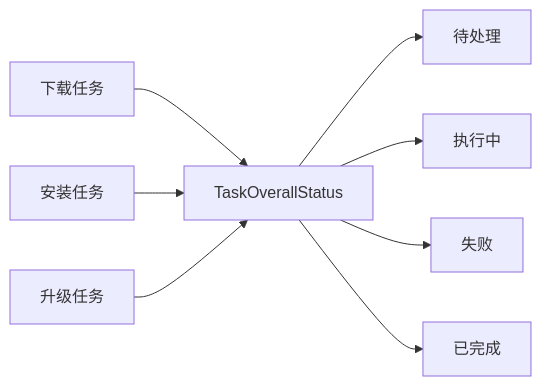
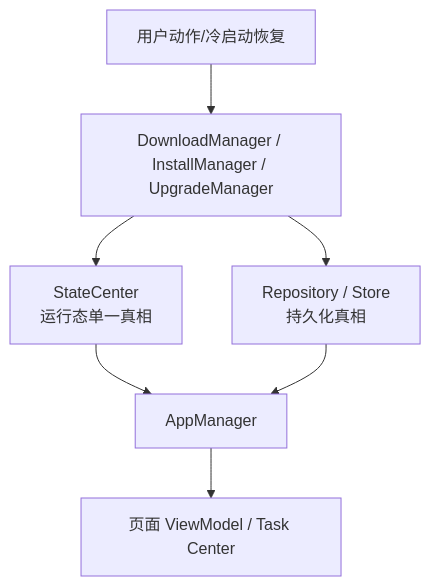
One commit to XZQ/CarAppStore changed the fourth of 4 diagrams in docs/04-类图与关系图.md. Above: the diagram before and after it, drawn with Mermaid. The commit also changed other lines of this file and 35 other files, not shown here.

Commit message:
Docs: reorganize architecture docs and handoff guide

````diff
--- a/docs/04-类图与关系图.md
+++ b/docs/04-类图与关系图.md
@@ -128,11 +145,9 @@
 ```mermaid
-flowchart LR
-    DownloadTask[下载任务] --> TaskOverallStatus
-    InstallTask[安装任务] --> TaskOverallStatus
-    UpgradeTask[升级任务] --> TaskOverallStatus
-
-    TaskOverallStatus --> PENDING[待处理]
-    TaskOverallStatus --> ACTIVE[执行中]
-    TaskOverallStatus --> FAILED[失败]
-    TaskOverallStatus --> COMPLETED[已完成]
+flowchart TD
+    ACTION[用户动作/冷启动恢复] --> BUSINESS[DownloadManager / InstallManager / UpgradeManager]
+    BUSINESS --> STATE[StateCenter\n运行态单一真相]
+    BUSINESS --> PERSIST[Repository / Store\n持久化真相]
+    STATE --> APPMANAGER[AppManager]
+    PERSIST --> APPMANAGER
+    APPMANAGER --> UI[页面 ViewModel / Task Center]
 ```
````
